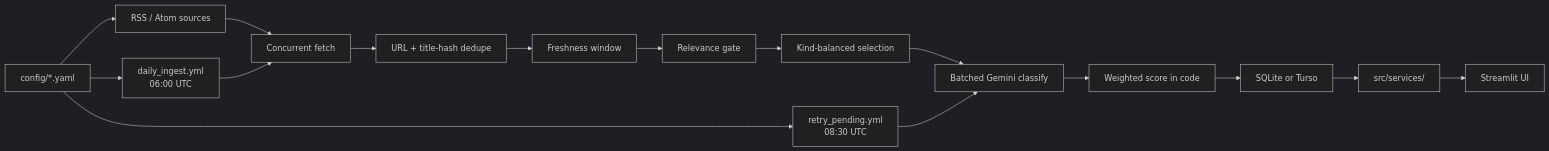
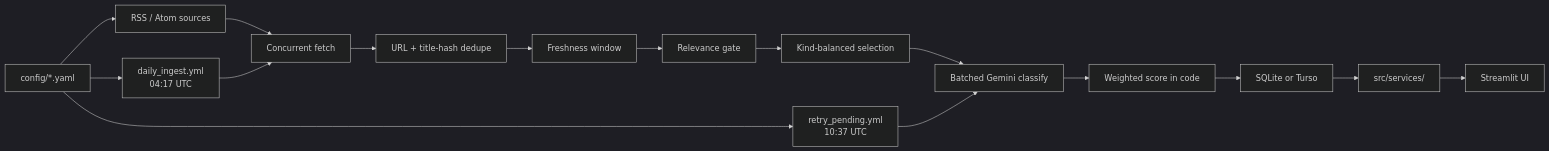
Before and after one commit to morandeporto/ci-intel-tool: the diagram in README.md, drawn with Mermaid (dark theme). The commit also changed other lines of this file, not shown here.

First line of the commit message:
Document GHA schedule delay and hnrss feed disablement in README.

````diff
--- a/README.md
+++ b/README.md
@@ -96,18 +96,18 @@
 ```mermaid
 flowchart LR
   CFG["config/*.yaml"] --> SRC["RSS / Atom sources"]
   SRC --> FETCH["Concurrent fetch"]
   FETCH --> DEDUPE["URL + title-hash dedupe"]
   DEDUPE --> FRESH["Freshness window"]
   FRESH --> GATE["Relevance gate"]
   GATE --> SEL["Kind-balanced selection"]
   SEL --> LLM["Batched Gemini classify"]
   LLM --> SCORE["Weighted score in code"]
   SCORE --> DB["SQLite or Turso"]
   DB --> SVC["src/services/"]
   SVC --> UI["Streamlit UI"]
-  CFG --> GHA1["daily_ingest.yml\n06:00 UTC"]
-  CFG --> GHA2["retry_pending.yml\n08:30 UTC"]
+  CFG --> GHA1["daily_ingest.yml\n04:17 UTC"]
+  CFG --> GHA2["retry_pending.yml\n10:37 UTC"]
   GHA1 --> FETCH
   GHA2 --> LLM
 ```
````
